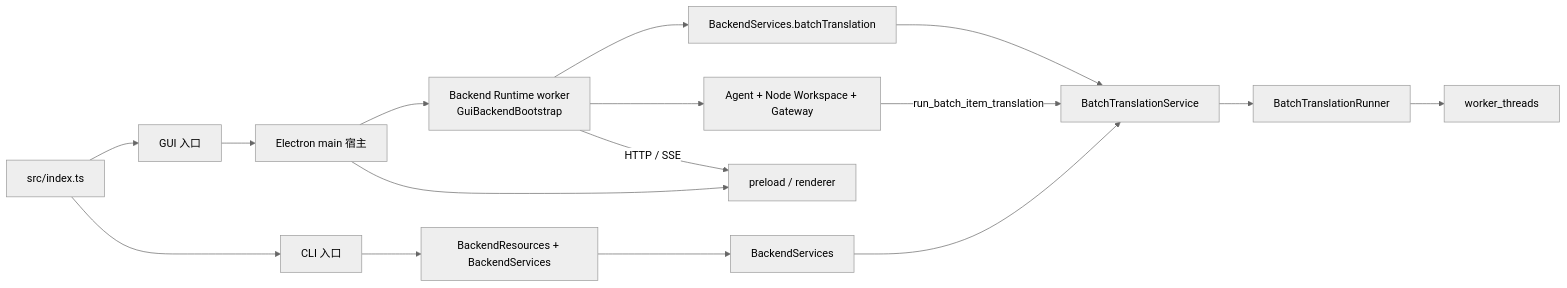
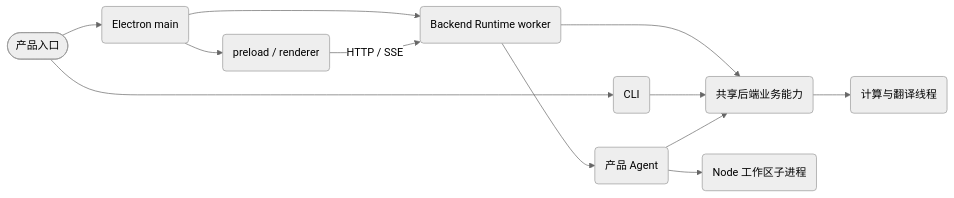
Before and after one commit to neavo/LinguaGacha: the diagram in docs/ARCHITECTURE.md, drawn with Mermaid (neutral theme). The commit also changed other lines of this file and 5 other files, not shown here.

Commit message:
docs: 按设计意图整理工程文档与开发验证入口

````diff
--- a/docs/ARCHITECTURE.md
+++ b/docs/ARCHITECTURE.md
@@ -29,18 +28,14 @@
 ```mermaid
 flowchart LR
-    I["src/index.ts"] --> G["GUI 入口"]
-    I --> C["CLI 入口"]
-    G --> M["Electron main 宿主"]
-    M --> BG["Backend Runtime worker\nGuiBackendBootstrap"]
-    C --> BC["BackendResources + BackendServices"]
-    BG --> GS["BackendServices.batchTranslation"]
-    BG --> D["Agent + Node Workspace + Gateway"]
-    BC --> CS["BackendServices"]
-    GS --> S["BatchTranslationService"]
-    CS --> S
-    D -->|"run_batch_item_translation"| S
-    S --> E["BatchTranslationRunner"]
-    E --> W["worker_threads"]
-    BG -->|"HTTP / SSE"| R["preload / renderer"]
-    M --> R
+    Entry(["产品入口"]) --> Main("Electron main")
+    Entry --> CLI("CLI")
+    Main --> Runtime("Backend Runtime worker")
+    Main --> Renderer("preload / renderer")
+    Renderer -->|"HTTP / SSE"| Runtime
+    Runtime --> Services("共享后端业务能力")
+    CLI --> Services
+    Runtime --> Agent("产品 Agent")
+    Agent --> Services
+    Agent --> Workspace("Node 工作区子进程")
+    Services --> Workers("计算与翻译线程")
 ```
````
